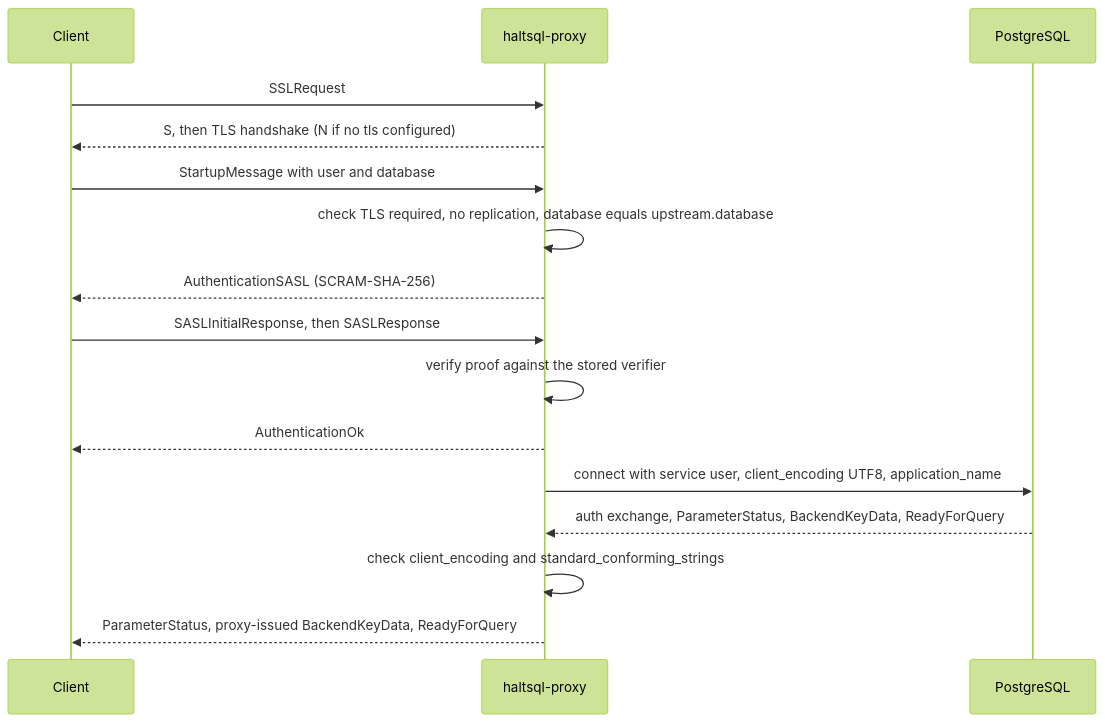
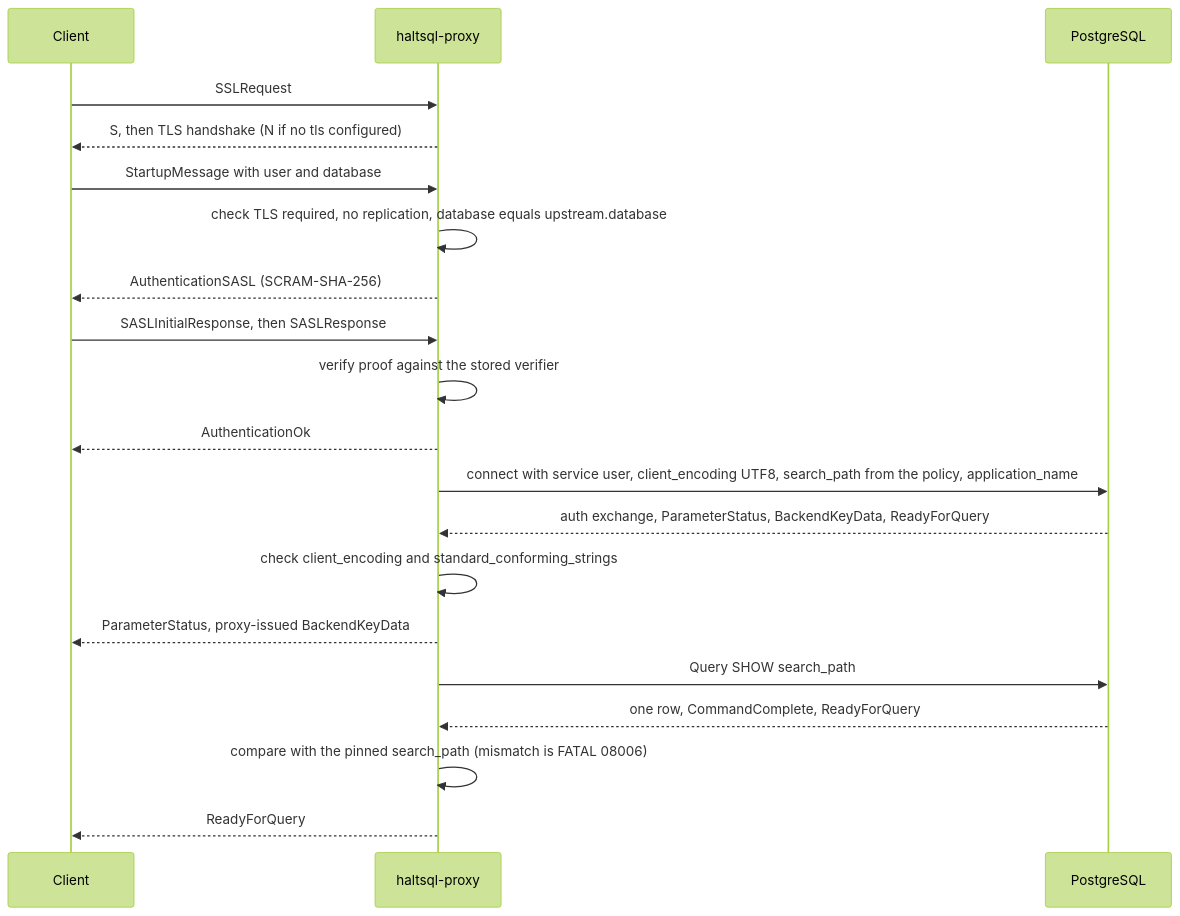
One commit to HaltSQL/HaltSQL changed the second of 5 diagrams in docs/how-it-works/proxy-internals.md. Above: the diagram before and after it, drawn with Mermaid (forest theme). The commit also changed other lines of this file and 4 other files, not shown here.

````diff
--- a/docs/how-it-works/proxy-internals.md
+++ b/docs/how-it-works/proxy-internals.md
@@ -74,18 +79,22 @@
 ```mermaid
 sequenceDiagram
     participant C as Client
     participant P as haltsql-proxy
     participant U as PostgreSQL
     C->>P: SSLRequest
     P-->>C: S, then TLS handshake (N if no tls configured)
     C->>P: StartupMessage with user and database
     P->>P: check TLS required, no replication, database equals upstream.database
     P-->>C: AuthenticationSASL (SCRAM-SHA-256)
     C->>P: SASLInitialResponse, then SASLResponse
     P->>P: verify proof against the stored verifier
     P-->>C: AuthenticationOk
-    P->>U: connect with service user, client_encoding UTF8, application_name
+    P->>U: connect with service user, client_encoding UTF8, search_path from the policy, application_name
     U-->>P: auth exchange, ParameterStatus, BackendKeyData, ReadyForQuery
     P->>P: check client_encoding and standard_conforming_strings
-    P-->>C: ParameterStatus, proxy-issued BackendKeyData, ReadyForQuery
+    P-->>C: ParameterStatus, proxy-issued BackendKeyData
+    P->>U: Query SHOW search_path
+    U-->>P: one row, CommandComplete, ReadyForQuery
+    P->>P: compare with the pinned search_path (mismatch is FATAL 08006)
+    P-->>C: ReadyForQuery
 ```
````
